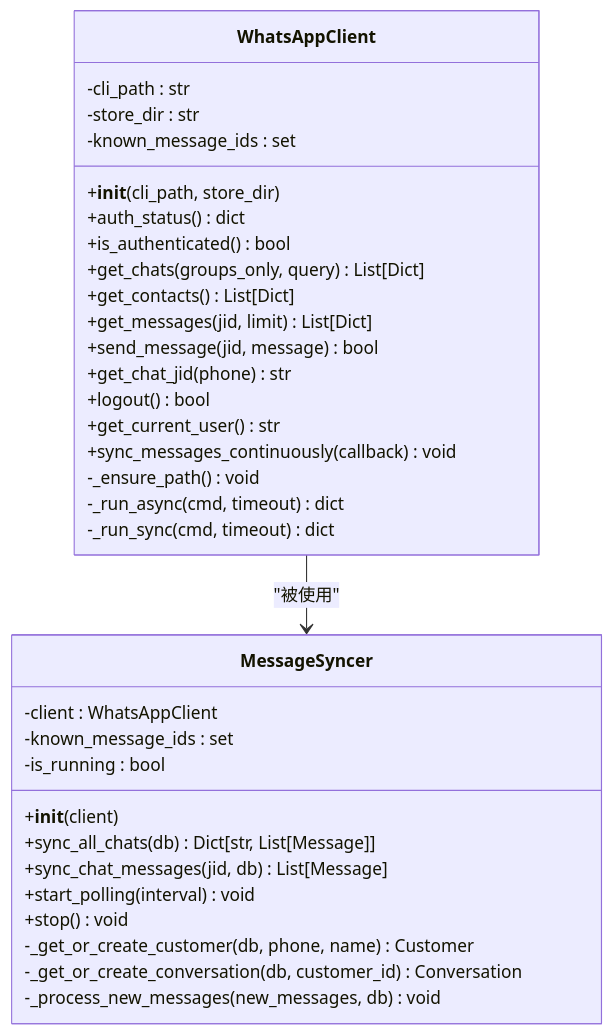
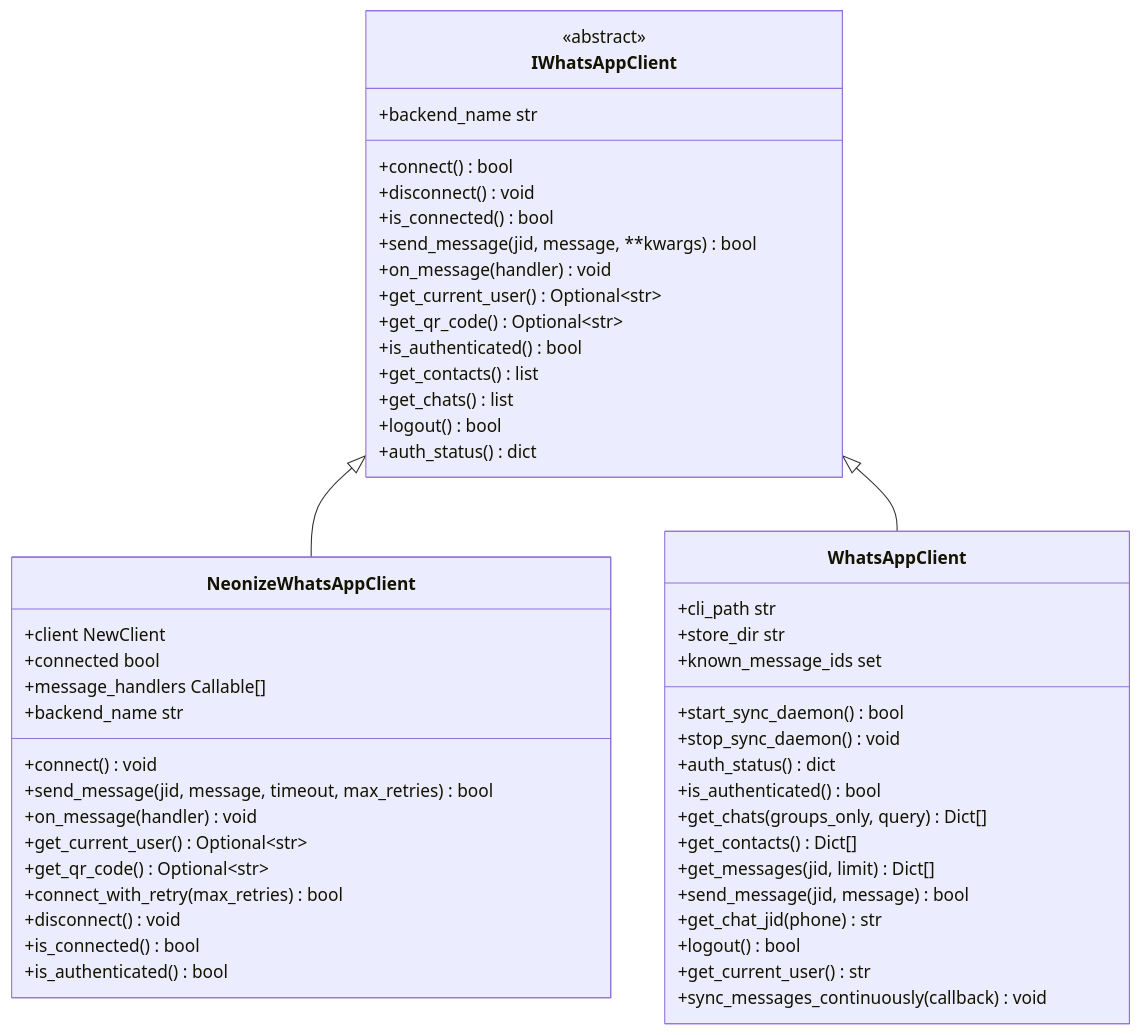
One commit to 2950730liao-hub/whatsapp-reply changed the third of 10 diagrams in .qoder/repowiki/zh/content/核心模块/WhatsApp集成模块.md. Above: the diagram before and after it, drawn with Mermaid. The commit also changed other lines of this file and 15 other files, not shown here.

````diff
--- a/.qoder/repowiki/zh/content/核心模块/WhatsApp集成模块.md
+++ b/.qoder/repowiki/zh/content/核心模块/WhatsApp集成模块.md
@@ -215,36 +263,53 @@
 ```mermaid
 classDiagram
+class IWhatsAppClient {
+<<abstract>>
++connect() bool
++disconnect() void
++is_connected() bool
++send_message(jid, message, **kwargs) bool
++on_message(handler) void
++get_current_user() Optional~str~
++get_qr_code() Optional~str~
++backend_name str
++is_authenticated() bool
++get_contacts() list
++get_chats() list
++logout() bool
++auth_status() dict
+}
+class NeonizeWhatsAppClient {
++client NewClient
++connected bool
++message_handlers Callable[]
++connect() void
++send_message(jid, message, timeout, max_retries) bool
++on_message(handler) void
++get_current_user() Optional~str~
++get_qr_code() Optional~str~
++connect_with_retry(max_retries) bool
++disconnect() void
++is_connected() bool
++is_authenticated() bool
++backend_name str
+}
 class WhatsAppClient {
--cli_path : str
--store_dir : str
--known_message_ids : set
-+__init__(cli_path, store_dir)
++cli_path str
++store_dir str
++known_message_ids set
++start_sync_daemon() bool
++stop_sync_daemon() void
 +auth_status() dict
 +is_authenticated() bool
-+get_chats(groups_only, query) List[Dict]
-+get_contacts() List[Dict]
-+get_messages(jid, limit) List[Dict]
++get_chats(groups_only, query) Dict[]
++get_contacts() Dict[]
++get_messages(jid, limit) Dict[]
 +send_message(jid, message) bool
 +get_chat_jid(phone) str
 +logout() bool
 +get_current_user() str
 +sync_messages_continuously(callback) void
--_ensure_path() void
--_run_async(cmd, timeout) dict
--_run_sync(cmd, timeout) dict
 }
-class MessageSyncer {
--client : WhatsAppClient
--known_message_ids : set
--is_running : bool
-+__init__(client)
-+sync_all_chats(db) Dict[str, List[Message]]
-+sync_chat_messages(jid, db) List[Message]
-+start_polling(interval) void
-+stop() void
--_get_or_create_customer(db, phone, name) Customer
--_get_or_create_conversation(db, customer_id) Conversation
--_process_new_messages(new_messages, db) void
-}
-WhatsAppClient --> MessageSyncer : "被使用"
+IWhatsAppClient <|-- NeonizeWhatsAppClient
+IWhatsAppClient <|-- WhatsAppClient
 ```
````
